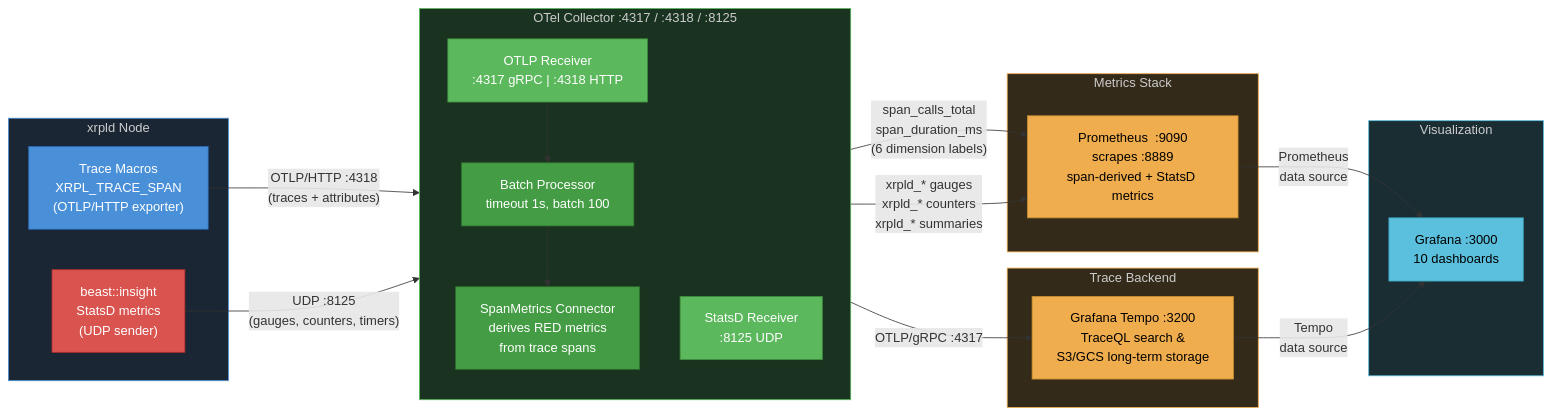
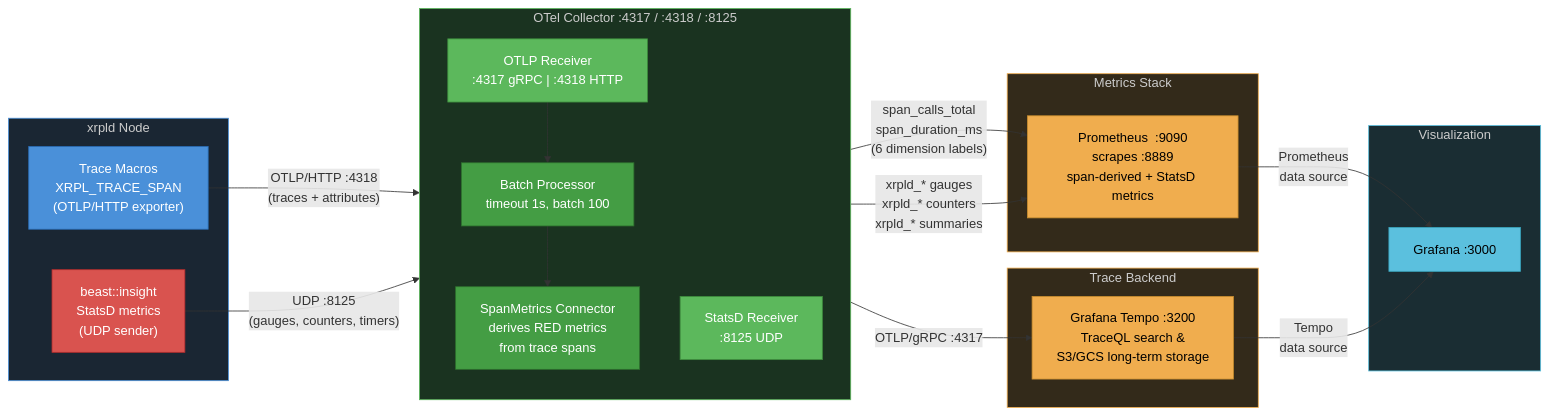
One commit to XRPLF/rippled changed the diagram in OpenTelemetryPlan/09-data-collection-reference.md. Above: the diagram before and after it, drawn with Mermaid. The commit also changed other lines of this file and 1 other file, not shown here.

````diff
--- a/OpenTelemetryPlan/09-data-collection-reference.md
+++ b/OpenTelemetryPlan/09-data-collection-reference.md
@@ -9,56 +9,56 @@
 ```mermaid
 graph LR
     subgraph xrpldNode["xrpld Node"]
         A["Trace Macros<br/>XRPL_TRACE_SPAN<br/>(OTLP/HTTP exporter)"]
         B["beast::insight<br/>StatsD metrics<br/>(UDP sender)"]
     end
 
     subgraph collector["OTel Collector  :4317 / :4318 / :8125"]
         direction TB
         R1["OTLP Receiver<br/>:4317 gRPC  |  :4318 HTTP"]
         R2["StatsD Receiver<br/>:8125 UDP"]
         BP["Batch Processor<br/>timeout 1s, batch 100"]
         SM["SpanMetrics Connector<br/>derives RED metrics<br/>from trace spans"]
 
         R1 --> BP
         BP --> SM
     end
 
     subgraph backends["Trace Backend"]
         D["Grafana Tempo  :3200<br/>TraceQL search &<br/>S3/GCS long-term storage"]
     end
 
     subgraph metrics["Metrics Stack"]
         E["Prometheus  :9090<br/>scrapes :8889<br/>span-derived + StatsD metrics"]
     end
 
     subgraph viz["Visualization"]
-        F["Grafana  :3000<br/>10 dashboards"]
+        F["Grafana  :3000"]
     end
 
     A -->|"OTLP/HTTP :4318<br/>(traces + attributes)"| R1
     B -->|"UDP :8125<br/>(gauges, counters, timers)"| R2
 
     BP -->|"OTLP/gRPC :4317"| D
 
     SM -->|"span_calls_total<br/>span_duration_ms<br/>(6 dimension labels)"| E
     R2 -->|"xrpld_* gauges<br/>xrpld_* counters<br/>xrpld_* summaries"| E
 
     E -->|"Prometheus<br/>data source"| F
     D -->|"Tempo<br/>data source"| F
 
     style A fill:#4a90d9,color:#fff,stroke:#2a6db5
     style B fill:#d9534f,color:#fff,stroke:#b52d2d
     style R1 fill:#5cb85c,color:#fff,stroke:#3d8b3d
     style R2 fill:#5cb85c,color:#fff,stroke:#3d8b3d
     style BP fill:#449d44,color:#fff,stroke:#2d6e2d
     style SM fill:#449d44,color:#fff,stroke:#2d6e2d
     style D fill:#f0ad4e,color:#000,stroke:#c78c2e
     style E fill:#f0ad4e,color:#000,stroke:#c78c2e
     style F fill:#5bc0de,color:#000,stroke:#3aa8c1
     style xrpldNode fill:#1a2633,color:#ccc,stroke:#4a90d9
     style collector fill:#1a3320,color:#ccc,stroke:#5cb85c
     style backends fill:#332a1a,color:#ccc,stroke:#f0ad4e
     style metrics fill:#332a1a,color:#ccc,stroke:#f0ad4e
     style viz fill:#1a2d33,color:#ccc,stroke:#5bc0de
 ```
````
